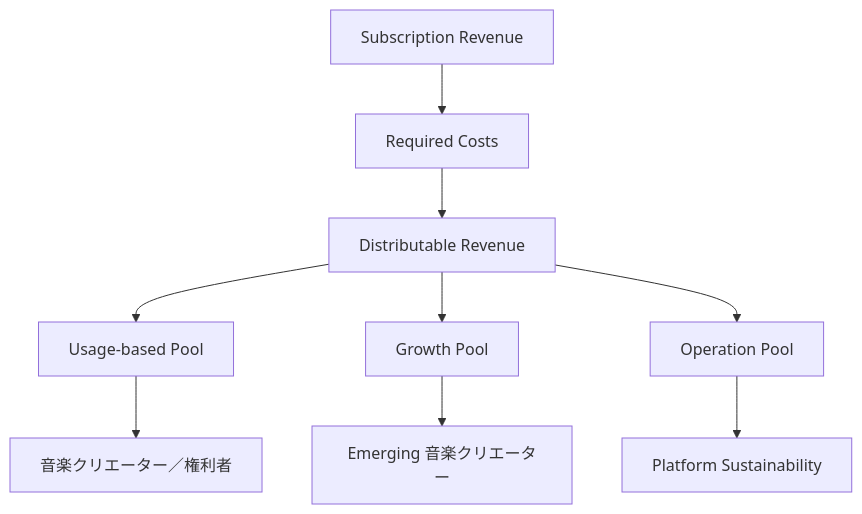
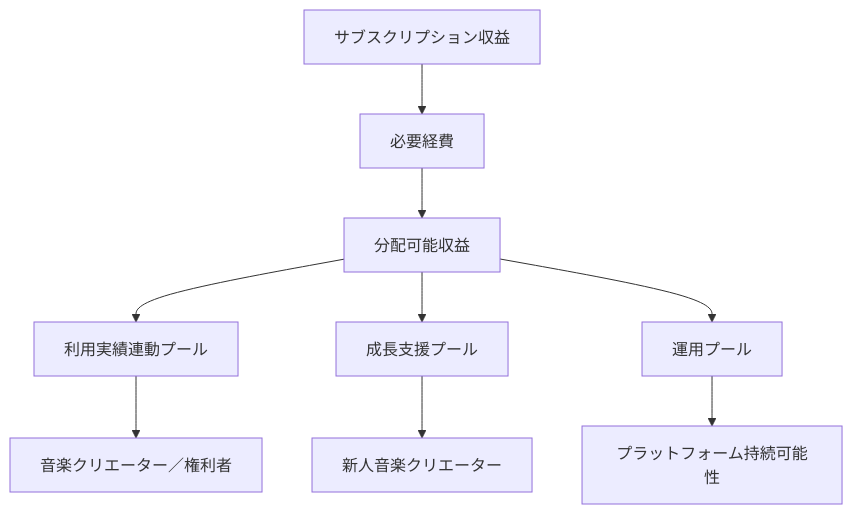
Before and after one commit to ShigeichiroYamasaki/creator-first-platform: the first of 27 diagrams in docs/whitepaper/06-economics-mathjax.md, drawn with Mermaid. The commit also changed other lines of this file and 72 other files, not shown here.

````diff
--- a/docs/whitepaper/06-economics-mathjax.md
+++ b/docs/whitepaper/06-economics-mathjax.md
@@ -30,14 +30,14 @@
 ```mermaid
 flowchart TD
-    SUB[Subscription Revenue]
-    SUB --> COST[Required Costs]
-    COST --> NET[Distributable Revenue]
+    SUB[サブスクリプション収益]
+    SUB --> COST[必要経費]
+    COST --> NET[分配可能収益]
 
-    NET --> U[Usage-based Pool]
-    NET --> G[Growth Pool]
-    NET --> O[Operation Pool]
+    NET --> U[利用実績連動プール]
+    NET --> G[成長支援プール]
+    NET --> O[運用プール]
 
     U --> CREATOR[音楽クリエーター／権利者]
-    G --> EMERGING[Emerging 音楽クリエーター]
-    O --> PLATFORM[Platform Sustainability]
+    G --> EMERGING[新人音楽クリエーター]
+    O --> PLATFORM[プラットフォーム持続可能性]
 ```
````
